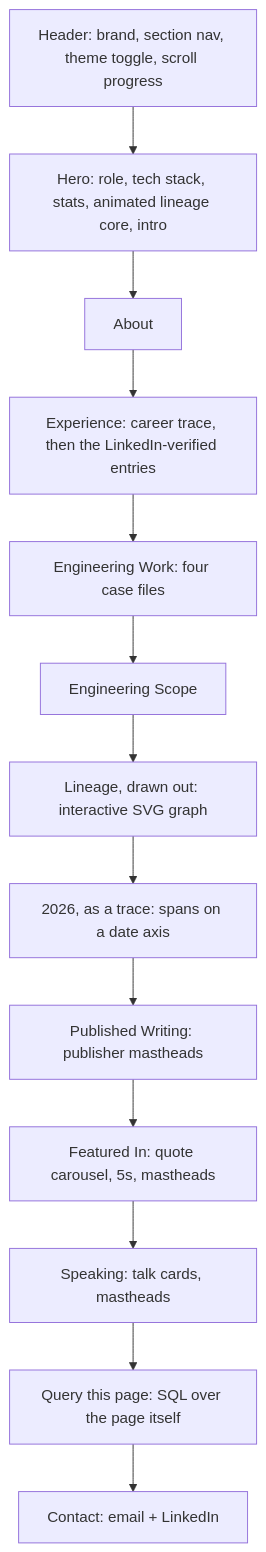
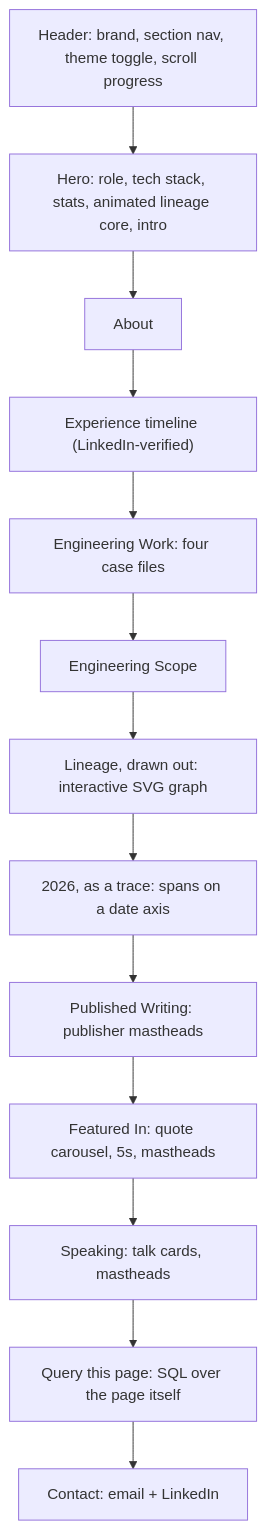
The second of 3 diagrams in README.md (vishuvardhan16/stackhidden.com), drawn with Mermaid before and after one commit. The commit also changed other lines of this file and 2 other files, not shown here.

````diff
--- a/README.md
+++ b/README.md
@@ -84,16 +83,16 @@
 ```mermaid
 flowchart TD
     H["Header: brand, section nav, theme toggle, scroll progress"]
     H --> Hero["Hero: role, tech stack, stats, animated lineage core, intro"]
     Hero --> About
-    About --> Experience["Experience: career trace, then the LinkedIn-verified entries"]
+    About --> Experience["Experience timeline (LinkedIn-verified)"]
     Experience --> Work["Engineering Work: four case files"]
     Work --> Scope["Engineering Scope"]
     Scope --> Lineage["Lineage, drawn out: interactive SVG graph"]
     Lineage --> Trace["2026, as a trace: spans on a date axis"]
     Trace --> Writing["Published Writing: publisher mastheads"]
     Writing --> Featured["Featured In: quote carousel, 5s, mastheads"]
     Featured --> Speaking["Speaking: talk cards, mastheads"]
     Speaking --> Query["Query this page: SQL over the page itself"]
     Query --> Contact["Contact: email + LinkedIn"]
 ```
````
